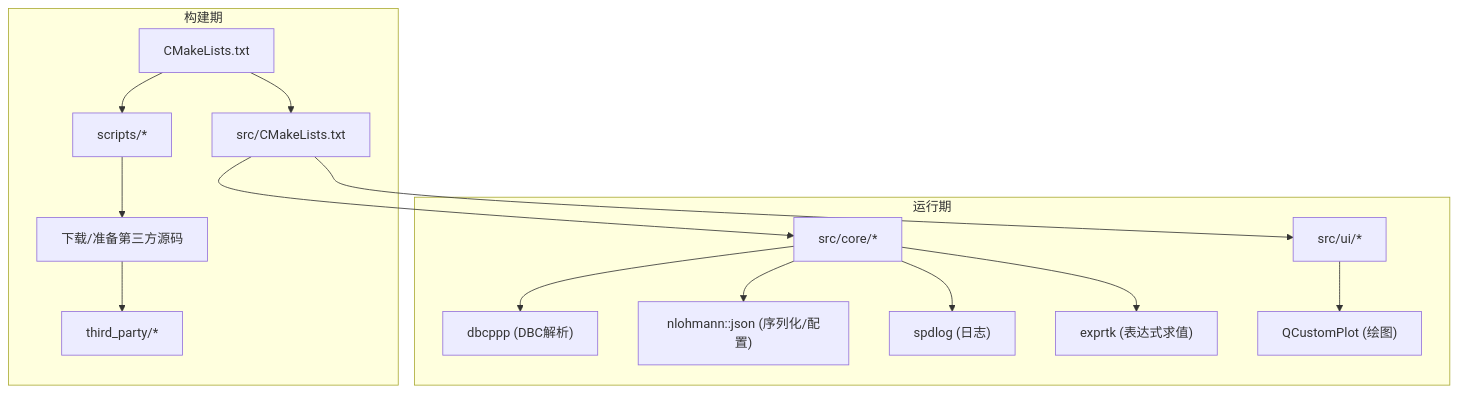
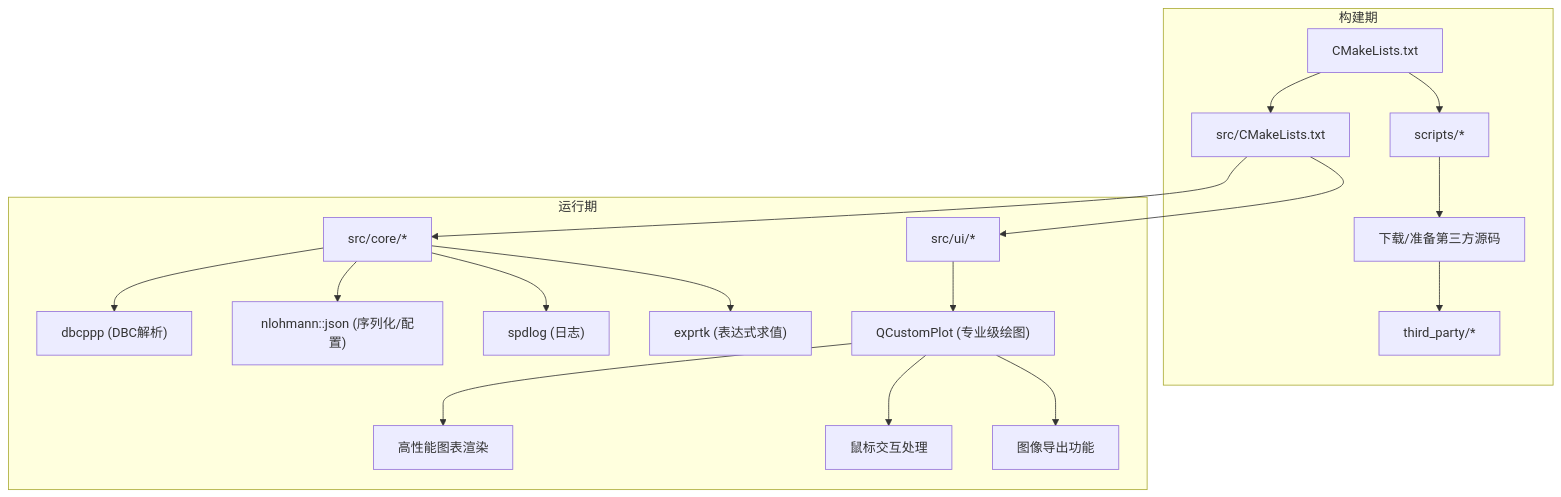
The second of 5 diagrams in .qoder/repowiki/zh/content/构建和部署/第三方组件集成.md (jakecai1225-design/OpenBus), drawn with Mermaid before and after one commit. The commit also changed other lines of this file and 71 other files, not shown here.

Commit message:
graphic trace

````diff
--- a/.qoder/repowiki/zh/content/构建和部署/第三方组件集成.md
+++ b/.qoder/repowiki/zh/content/构建和部署/第三方组件集成.md
@@ -88,18 +83,21 @@
 ```mermaid
 graph TB
 subgraph "构建期"
 CM["CMakeLists.txt"] --> SC["scripts/*"]
 SC --> DL["下载/准备第三方源码"]
 DL --> TP["third_party/*"]
 CM --> SRC["src/CMakeLists.txt"]
 end
 subgraph "运行期"
 CORE["src/core/*"] --> DBCCPP["dbcppp (DBC解析)"]
 CORE --> JSON["nlohmann::json (序列化/配置)"]
 CORE --> SPDLOG["spdlog (日志)"]
 CORE --> EXPRTK["exprtk (表达式求值)"]
-UI["src/ui/*"] --> QCP["QCustomPlot (绘图)"]
+UI["src/ui/*"] --> QCP["QCustomPlot (专业级绘图)"]
+QCP --> PLOT["高性能图表渲染"]
+QCP --> INTERACT["鼠标交互处理"]
+QCP --> EXPORT["图像导出功能"]
 end
 SRC --> CORE
 SRC --> UI
 ```
````
